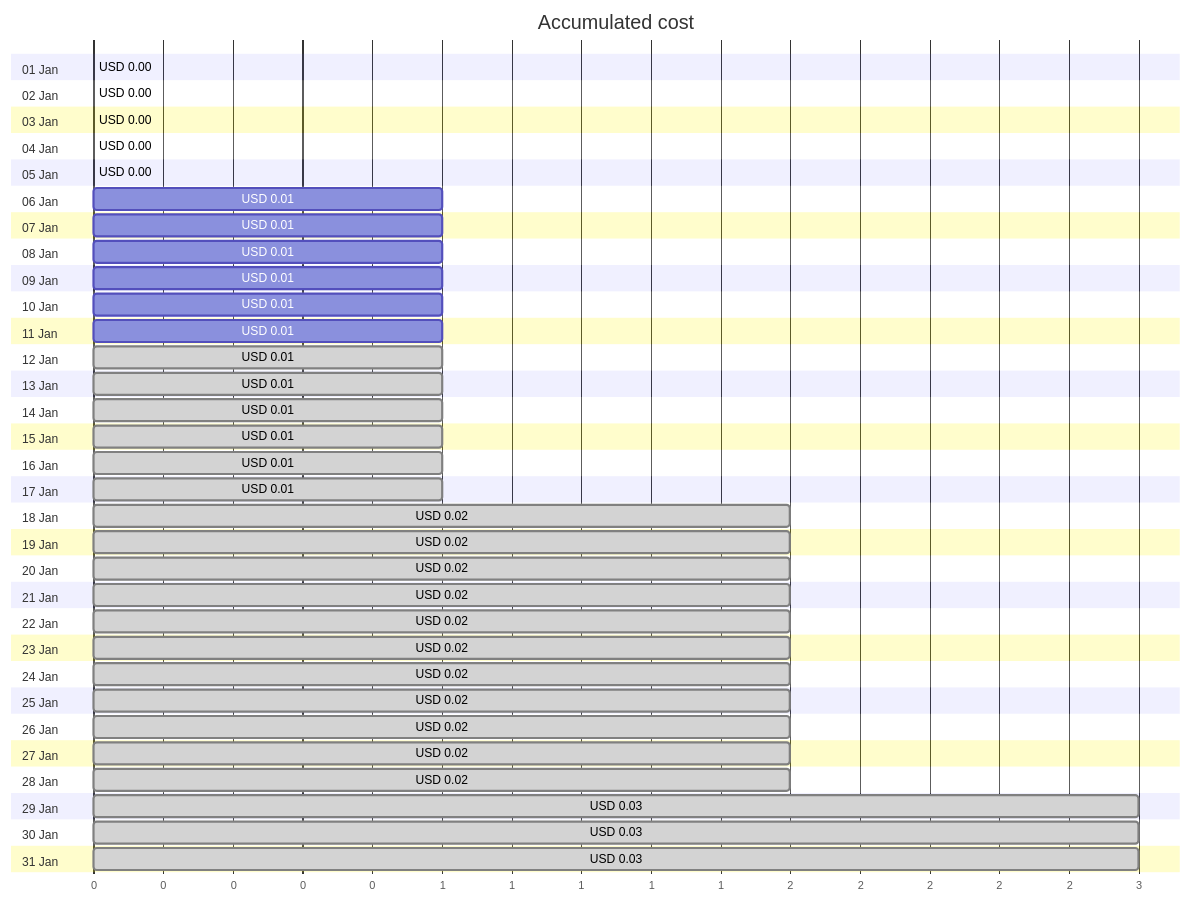
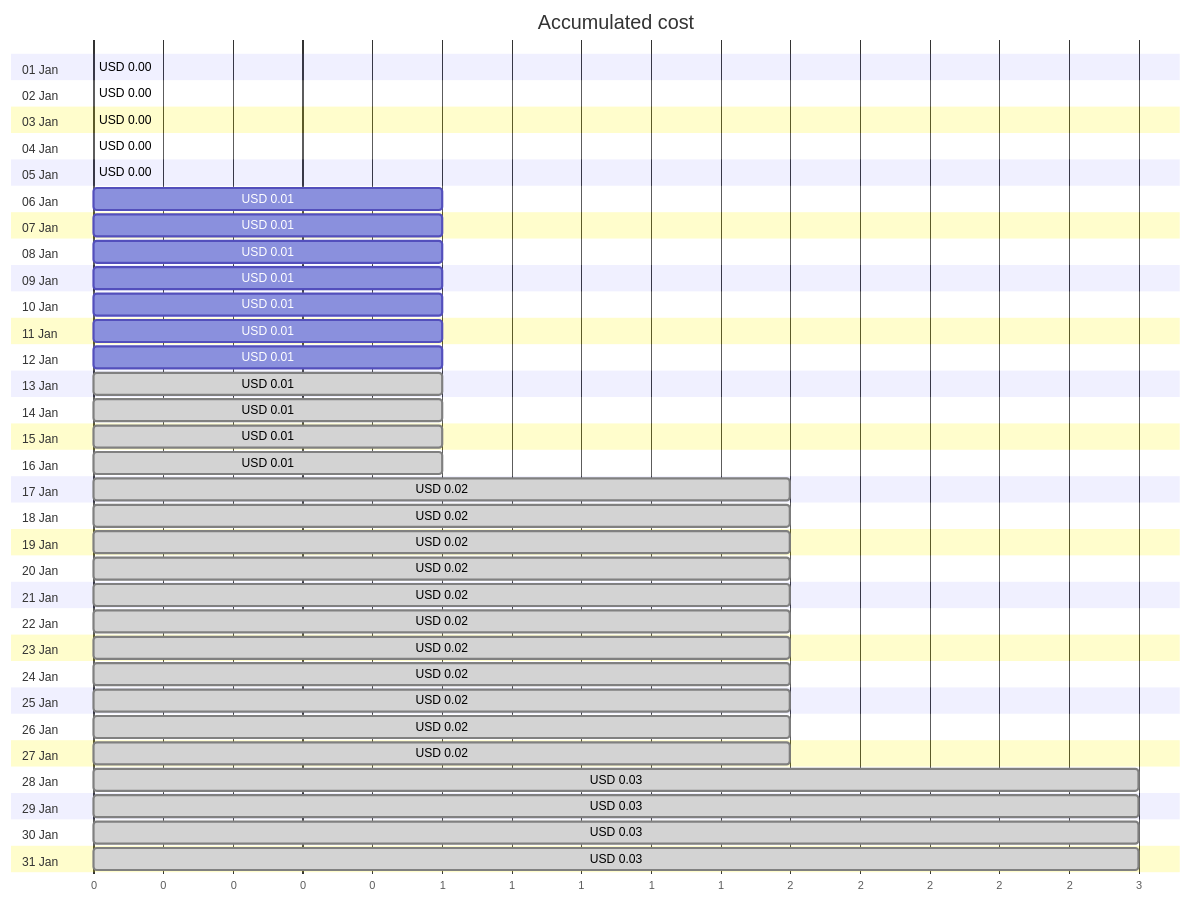
The first of 4 diagrams in cost-reports/personal-site/personalsiteapipreview.md (jpfulton/azure-personal-reports), drawn with Mermaid before and after one commit. The commit also changed other lines of this file and 6 other files, not shown here.

````diff
--- a/cost-reports/personal-site/personalsiteapipreview.md
+++ b/cost-reports/personal-site/personalsiteapipreview.md
@@ -20,68 +20,68 @@
 ```mermaid
 gantt
    title Accumulated cost
    dateFormat  X
    axisFormat %s
    section 01 Jan
    USD 0.00 :0, 0
    section 02 Jan
    USD 0.00 :0, 0
    section 03 Jan
    USD 0.00 :0, 0
    section 04 Jan
    USD 0.00 :0, 0
    section 05 Jan
    USD 0.00 :0, 0
    section 06 Jan
    USD 0.01 :0, 1
    section 07 Jan
    USD 0.01 :0, 1
    section 08 Jan
    USD 0.01 :0, 1
    section 09 Jan
    USD 0.01 :0, 1
    section 10 Jan
    USD 0.01 :0, 1
    section 11 Jan
    USD 0.01 :0, 1
    section 12 Jan
-   USD 0.01 : done, 0, 1
+   USD 0.01 :0, 1
    section 13 Jan
    USD 0.01 : done, 0, 1
    section 14 Jan
    USD 0.01 : done, 0, 1
    section 15 Jan
    USD 0.01 : done, 0, 1
    section 16 Jan
    USD 0.01 : done, 0, 1
    section 17 Jan
-   USD 0.01 : done, 0, 1
+   USD 0.02 : done, 0, 2
    section 18 Jan
    USD 0.02 : done, 0, 2
    section 19 Jan
    USD 0.02 : done, 0, 2
    section 20 Jan
    USD 0.02 : done, 0, 2
    section 21 Jan
    USD 0.02 : done, 0, 2
    section 22 Jan
    USD 0.02 : done, 0, 2
    section 23 Jan
    USD 0.02 : done, 0, 2
    section 24 Jan
    USD 0.02 : done, 0, 2
    section 25 Jan
    USD 0.02 : done, 0, 2
    section 26 Jan
    USD 0.02 : done, 0, 2
    section 27 Jan
    USD 0.02 : done, 0, 2
    section 28 Jan
-   USD 0.02 : done, 0, 2
+   USD 0.03 : done, 0, 3
    section 29 Jan
    USD 0.03 : done, 0, 3
    section 30 Jan
    USD 0.03 : done, 0, 3
    section 31 Jan
    USD 0.03 : done, 0, 3
 ```
````
